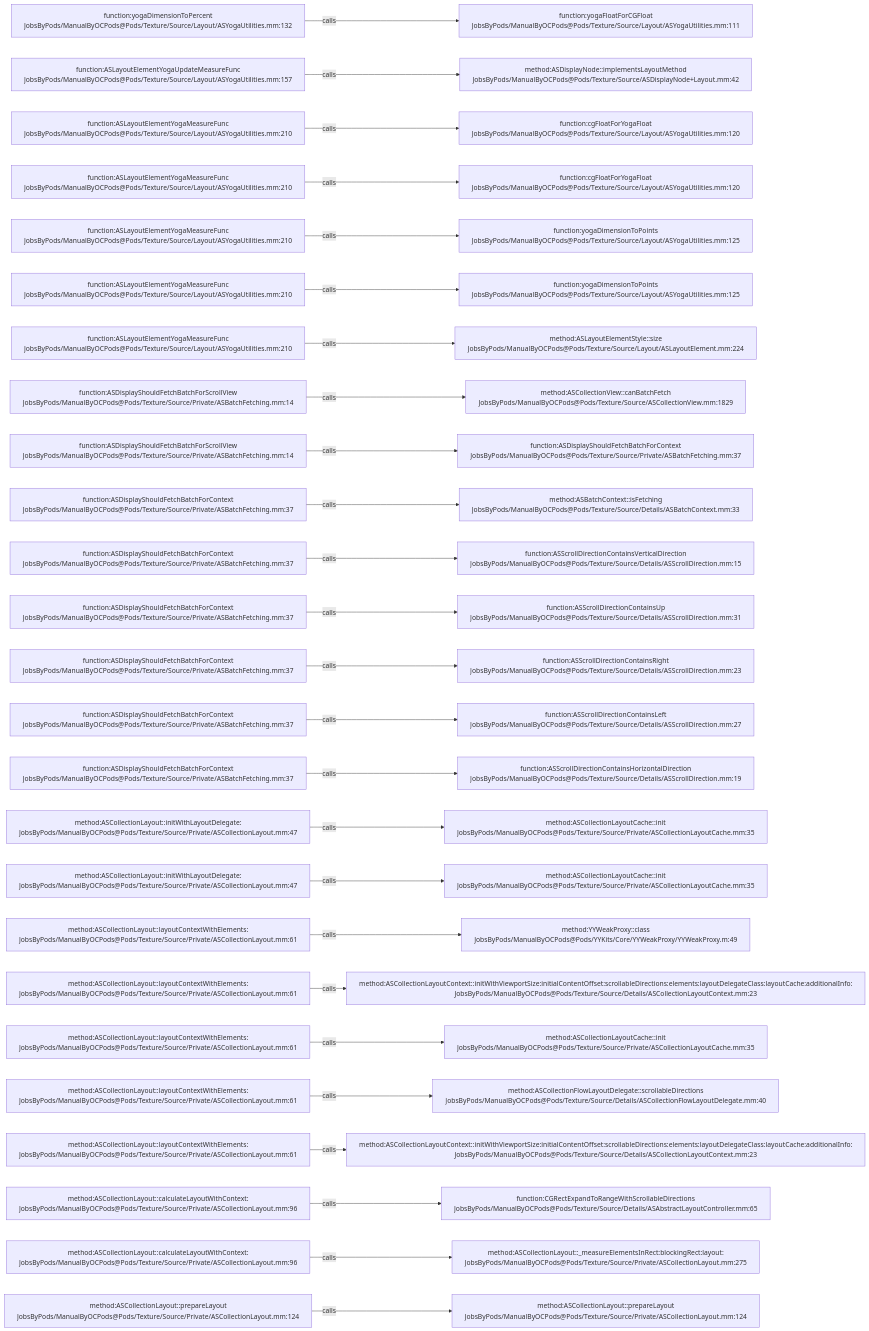
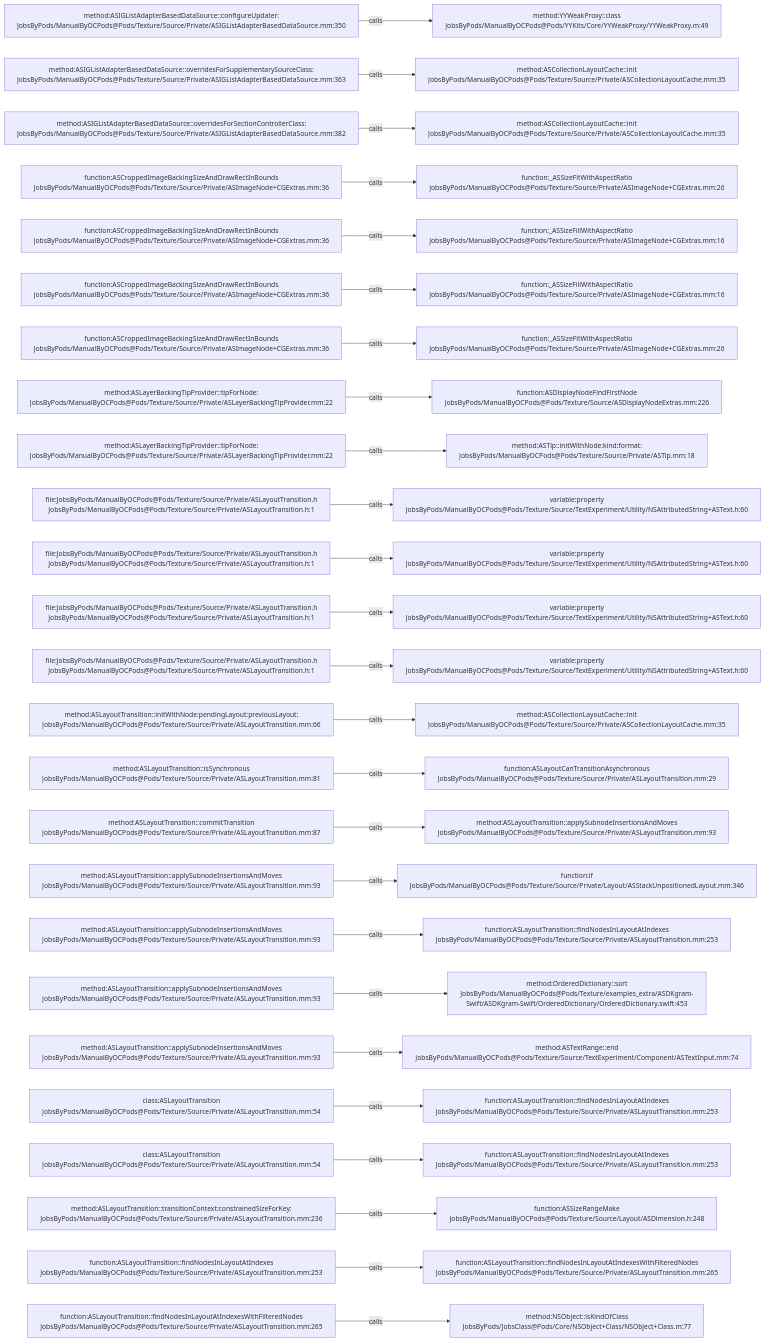
The diagram in .codegraph/codegraph.md/graphs/calls-182.md (JobsKits/JobsOCBaseConfigDemo), drawn with Mermaid before and after one commit. The commit also changed 1448 other files, not shown here.

````diff
--- a/.codegraph/codegraph.md/graphs/calls-182.md
+++ b/.codegraph/codegraph.md/graphs/calls-182.md
@@ -13,78 +13,78 @@
 ```mermaid
 flowchart LR
-  S1["function:yogaDimensionToPercent<br/>JobsByPods/ManualByOCPods@Pods/Texture/Source/Layout/ASYogaUtilities.mm:132"]
-  T1["function:yogaFloatForCGFloat<br/>JobsByPods/ManualByOCPods@Pods/Texture/Source/Layout/ASYogaUtilities.mm:111"]
+  S1["method:ASIGListAdapterBasedDataSource::configureUpdater:<br/>JobsByPods/ManualByOCPods@Pods/Texture/Source/Private/ASIGListAdapterBasedDataSource.mm:350"]
+  T1["method:YYWeakProxy::class<br/>JobsByPods/ManualByOCPods@Pods/YYKits/Core/YYWeakProxy/YYWeakProxy.m:49"]
   S1 -->|calls| T1
-  S2["function:ASLayoutElementYogaUpdateMeasureFunc<br/>JobsByPods/ManualByOCPods@Pods/Texture/Source/Layout/ASYogaUtilities.mm:157"]
-  T2["method:ASDisplayNode::implementsLayoutMethod<br/>JobsByPods/ManualByOCPods@Pods/Texture/Source/ASDisplayNode+Layout.mm:42"]
+  S2["method:ASIGListAdapterBasedDataSource::overridesForSupplementarySourceClass:<br/>JobsByPods/ManualByOCPods@Pods/Texture/Source/Private/ASIGListAdapterBasedDataSource.mm:363"]
+  T2["method:ASCollectionLayoutCache::init<br/>JobsByPods/ManualByOCPods@Pods/Texture/Source/Private/ASCollectionLayoutCache.mm:35"]
   S2 -->|calls| T2
-  S3["function:ASLayoutElementYogaMeasureFunc<br/>JobsByPods/ManualByOCPods@Pods/Texture/Source/Layout/ASYogaUtilities.mm:210"]
-  T3["function:cgFloatForYogaFloat<br/>JobsByPods/ManualByOCPods@Pods/Texture/Source/Layout/ASYogaUtilities.mm:120"]
+  S3["method:ASIGListAdapterBasedDataSource::overridesForSectionControllerClass:<br/>JobsByPods/ManualByOCPods@Pods/Texture/Source/Private/ASIGListAdapterBasedDataSource.mm:382"]
+  T3["method:ASCollectionLayoutCache::init<br/>JobsByPods/ManualByOCPods@Pods/Texture/Source/Private/ASCollectionLayoutCache.mm:35"]
   S3 -->|calls| T3
-  S4["function:ASLayoutElementYogaMeasureFunc<br/>JobsByPods/ManualByOCPods@Pods/Texture/Source/Layout/ASYogaUtilities.mm:210"]
-  T4["function:cgFloatForYogaFloat<br/>JobsByPods/ManualByOCPods@Pods/Texture/Source/Layout/ASYogaUtilities.mm:120"]
+  S4["function:ASCroppedImageBackingSizeAndDrawRectInBounds<br/>JobsByPods/ManualByOCPods@Pods/Texture/Source/Private/ASImageNode+CGExtras.mm:36"]
+  T4["function:_ASSizeFitWithAspectRatio<br/>JobsByPods/ManualByOCPods@Pods/Texture/Source/Private/ASImageNode+CGExtras.mm:26"]
   S4 -->|calls| T4
-  S5["function:ASLayoutElementYogaMeasureFunc<br/>JobsByPods/ManualByOCPods@Pods/Texture/Source/Layout/ASYogaUtilities.mm:210"]
-  T5["function:yogaDimensionToPoints<br/>JobsByPods/ManualByOCPods@Pods/Texture/Source/Layout/ASYogaUtilities.mm:125"]
+  S5["function:ASCroppedImageBackingSizeAndDrawRectInBounds<br/>JobsByPods/ManualByOCPods@Pods/Texture/Source/Private/ASImageNode+CGExtras.mm:36"]
+  T5["function:_ASSizeFillWithAspectRatio<br/>JobsByPods/ManualByOCPods@Pods/Texture/Source/Private/ASImageNode+CGExtras.mm:16"]
   S5 -->|calls| T5
-  S6["function:ASLayoutElementYogaMeasureFunc<br/>JobsByPods/ManualByOCPods@Pods/Texture/Source/Layout/ASYogaUtilities.mm:210"]
-  T6["function:yogaDimensionToPoints<br/>JobsByPods/ManualByOCPods@Pods/Texture/Source/Layout/ASYogaUtilities.mm:125"]
+  S6["function:ASCroppedImageBackingSizeAndDrawRectInBounds<br/>JobsByPods/ManualByOCPods@Pods/Texture/Source/Private/ASImageNode+CGExtras.mm:36"]
+  T6["function:_ASSizeFillWithAspectRatio<br/>JobsByPods/ManualByOCPods@Pods/Texture/Source/Private/ASImageNode+CGExtras.mm:16"]
   S6 -->|calls| T6
-  S7["function:ASLayoutElementYogaMeasureFunc<br/>JobsByPods/ManualByOCPods@Pods/Texture/Source/Layout/ASYogaUtilities.mm:210"]
-  T7["method:ASLayoutElementStyle::size<br/>JobsByPods/ManualByOCPods@Pods/Texture/Source/Layout/ASLayoutElement.mm:224"]
+  S7["function:ASCroppedImageBackingSizeAndDrawRectInBounds<br/>JobsByPods/ManualByOCPods@Pods/Texture/Source/Private/ASImageNode+CGExtras.mm:36"]
+  T7["function:_ASSizeFitWithAspectRatio<br/>JobsByPods/ManualByOCPods@Pods/Texture/Source/Private/ASImageNode+CGExtras.mm:26"]
   S7 -->|calls| T7
-  S8["function:ASDisplayShouldFetchBatchForScrollView<br/>JobsByPods/ManualByOCPods@Pods/Texture/Source/Private/ASBatchFetching.mm:14"]
-  T8["method:ASCollectionView::canBatchFetch<br/>JobsByPods/ManualByOCPods@Pods/Texture/Source/ASCollectionView.mm:1829"]
+  S8["method:ASLayerBackingTipProvider::tipForNode:<br/>JobsByPods/ManualByOCPods@Pods/Texture/Source/Private/ASLayerBackingTipProvider.mm:22"]
+  T8["function:ASDisplayNodeFindFirstNode<br/>JobsByPods/ManualByOCPods@Pods/Texture/Source/ASDisplayNodeExtras.mm:226"]
   S8 -->|calls| T8
-  S9["function:ASDisplayShouldFetchBatchForScrollView<br/>JobsByPods/ManualByOCPods@Pods/Texture/Source/Private/ASBatchFetching.mm:14"]
-  T9["function:ASDisplayShouldFetchBatchForContext<br/>JobsByPods/ManualByOCPods@Pods/Texture/Source/Private/ASBatchFetching.mm:37"]
+  S9["method:ASLayerBackingTipProvider::tipForNode:<br/>JobsByPods/ManualByOCPods@Pods/Texture/Source/Private/ASLayerBackingTipProvider.mm:22"]
+  T9["method:ASTip::initWithNode:kind:format:<br/>JobsByPods/ManualByOCPods@Pods/Texture/Source/Private/ASTip.mm:18"]
   S9 -->|calls| T9
-  S10["function:ASDisplayShouldFetchBatchForContext<br/>JobsByPods/ManualByOCPods@Pods/Texture/Source/Private/ASBatchFetching.mm:37"]
-  T10["method:ASBatchContext::isFetching<br/>JobsByPods/ManualByOCPods@Pods/Texture/Source/Details/ASBatchContext.mm:33"]
+  S10["file:JobsByPods/ManualByOCPods@Pods/Texture/Source/Private/ASLayoutTransition.h<br/>JobsByPods/ManualByOCPods@Pods/Texture/Source/Private/ASLayoutTransition.h:1"]
+  T10["variable:property<br/>JobsByPods/ManualByOCPods@Pods/Texture/Source/TextExperiment/Utility/NSAttributedString+ASText.h:60"]
   S10 -->|calls| T10
-  S11["function:ASDisplayShouldFetchBatchForContext<br/>JobsByPods/ManualByOCPods@Pods/Texture/Source/Private/ASBatchFetching.mm:37"]
-  T11["function:ASScrollDirectionContainsVerticalDirection<br/>JobsByPods/ManualByOCPods@Pods/Texture/Source/Details/ASScrollDirection.mm:15"]
+  S11["file:JobsByPods/ManualByOCPods@Pods/Texture/Source/Private/ASLayoutTransition.h<br/>JobsByPods/ManualByOCPods@Pods/Texture/Source/Private/ASLayoutTransition.h:1"]
+  T11["variable:property<br/>JobsByPods/ManualByOCPods@Pods/Texture/Source/TextExperiment/Utility/NSAttributedString+ASText.h:60"]
   S11 -->|calls| T11
-  S12["function:ASDisplayShouldFetchBatchForContext<br/>JobsByPods/ManualByOCPods@Pods/Texture/Source/Private/ASBatchFetching.mm:37"]
-  T12["function:ASScrollDirectionContainsUp<br/>JobsByPods/ManualByOCPods@Pods/Texture/Source/Details/ASScrollDirection.mm:31"]
+  S12["file:JobsByPods/ManualByOCPods@Pods/Texture/Source/Private/ASLayoutTransition.h<br/>JobsByPods/ManualByOCPods@Pods/Texture/Source/Private/ASLayoutTransition.h:1"]
+  T12["variable:property<br/>JobsByPods/ManualByOCPods@Pods/Texture/Source/TextExperiment/Utility/NSAttributedString+ASText.h:60"]
   S12 -->|calls| T12
-  S13["function:ASDisplayShouldFetchBatchForContext<br/>JobsByPods/ManualByOCPods@Pods/Texture/Source/Private/ASBatchFetching.mm:37"]
-  T13["function:ASScrollDirectionContainsRight<br/>JobsByPods/ManualByOCPods@Pods/Texture/Source/Details/ASScrollDirection.mm:23"]
+  S13["file:JobsByPods/ManualByOCPods@Pods/Texture/Source/Private/ASLayoutTransition.h<br/>JobsByPods/ManualByOCPods@Pods/Texture/Source/Private/ASLayoutTransition.h:1"]
+  T13["variable:property<br/>JobsByPods/ManualByOCPods@Pods/Texture/Source/TextExperiment/Utility/NSAttributedString+ASText.h:60"]
   S13 -->|calls| T13
-  S14["function:ASDisplayShouldFetchBatchForContext<br/>JobsByPods/ManualByOCPods@Pods/Texture/Source/Private/ASBatchFetching.mm:37"]
-  T14["function:ASScrollDirectionContainsLeft<br/>JobsByPods/ManualByOCPods@Pods/Texture/Source/Details/ASScrollDirection.mm:27"]
+  S14["method:ASLayoutTransition::initWithNode:pendingLayout:previousLayout:<br/>JobsByPods/ManualByOCPods@Pods/Texture/Source/Private/ASLayoutTransition.mm:66"]
+  T14["method:ASCollectionLayoutCache::init<br/>JobsByPods/ManualByOCPods@Pods/Texture/Source/Private/ASCollectionLayoutCache.mm:35"]
   S14 -->|calls| T14
-  S15["function:ASDisplayShouldFetchBatchForContext<br/>JobsByPods/ManualByOCPods@Pods/Texture/Source/Private/ASBatchFetching.mm:37"]
-  T15["function:ASScrollDirectionContainsHorizontalDirection<br/>JobsByPods/ManualByOCPods@Pods/Texture/Source/Details/ASScrollDirection.mm:19"]
+  S15["method:ASLayoutTransition::isSynchronous<br/>JobsByPods/ManualByOCPods@Pods/Texture/Source/Private/ASLayoutTransition.mm:81"]
+  T15["function:ASLayoutCanTransitionAsynchronous<br/>JobsByPods/ManualByOCPods@Pods/Texture/Source/Private/ASLayoutTransition.mm:29"]
   S15 -->|calls| T15
-  S16["method:ASCollectionLayout::initWithLayoutDelegate:<br/>JobsByPods/ManualByOCPods@Pods/Texture/Source/Private/ASCollectionLayout.mm:47"]
-  T16["method:ASCollectionLayoutCache::init<br/>JobsByPods/ManualByOCPods@Pods/Texture/Source/Private/ASCollectionLayoutCache.mm:35"]
+  S16["method:ASLayoutTransition::commitTransition<br/>JobsByPods/ManualByOCPods@Pods/Texture/Source/Private/ASLayoutTransition.mm:87"]
+  T16["method:ASLayoutTransition::applySubnodeInsertionsAndMoves<br/>JobsByPods/ManualByOCPods@Pods/Texture/Source/Private/ASLayoutTransition.mm:93"]
   S16 -->|calls| T16
-  S17["method:ASCollectionLayout::initWithLayoutDelegate:<br/>JobsByPods/ManualByOCPods@Pods/Texture/Source/Private/ASCollectionLayout.mm:47"]
-  T17["method:ASCollectionLayoutCache::init<br/>JobsByPods/ManualByOCPods@Pods/Texture/Source/Private/ASCollectionLayoutCache.mm:35"]
+  S17["method:ASLayoutTransition::applySubnodeInsertionsAndMoves<br/>JobsByPods/ManualByOCPods@Pods/Texture/Source/Private/ASLayoutTransition.mm:93"]
+  T17["function:if<br/>JobsByPods/ManualByOCPods@Pods/Texture/Source/Private/Layout/ASStackUnpositionedLayout.mm:346"]
   S17 -->|calls| T17
-  S18["method:ASCollectionLayout::layoutContextWithElements:<br/>JobsByPods/ManualByOCPods@Pods/Texture/Source/Private/ASCollectionLayout.mm:61"]
-  T18["method:YYWeakProxy::class<br/>JobsByPods/ManualByOCPods@Pods/YYKits/Core/YYWeakProxy/YYWeakProxy.m:49"]
+  S18["method:ASLayoutTransition::applySubnodeInsertionsAndMoves<br/>JobsByPods/ManualByOCPods@Pods/Texture/Source/Private/ASLayoutTransition.mm:93"]
+  T18["function:ASLayoutTransition::findNodesInLayoutAtIndexes<br/>JobsByPods/ManualByOCPods@Pods/Texture/Source/Private/ASLayoutTransition.mm:253"]
   S18 -->|calls| T18
-  S19["method:ASCollectionLayout::layoutContextWithElements:<br/>JobsByPods/ManualByOCPods@Pods/Texture/Source/Private/ASCollectionLayout.mm:61"]
-  T19["method:ASCollectionLayoutContext::initWithViewportSize:initialContentOffset:scrollableDirections:elements:layoutDelegateClass:layoutCache:additionalInfo:<br/>JobsByPods/ManualByOCPods@Pods/Texture/Source/Details/ASCollectionLayoutContext.mm:23"]
+  S19["method:ASLayoutTransition::applySubnodeInsertionsAndMoves<br/>JobsByPods/ManualByOCPods@Pods/Texture/Source/Private/ASLayoutTransition.mm:93"]
+  T19["method:OrderedDictionary::sort<br/>JobsByPods/ManualByOCPods@Pods/Texture/examples_extra/ASDKgram-Swift/ASDKgram-Swift/OrderedDictionary/OrderedDictionary.swift:453"]
   S19 -->|calls| T19
-  S20["method:ASCollectionLayout::layoutContextWithElements:<br/>JobsByPods/ManualByOCPods@Pods/Texture/Source/Private/ASCollectionLayout.mm:61"]
-  T20["method:ASCollectionLayoutCache::init<br/>JobsByPods/ManualByOCPods@Pods/Texture/Source/Private/ASCollectionLayoutCache.mm:35"]
+  S20["method:ASLayoutTransition::applySubnodeInsertionsAndMoves<br/>JobsByPods/ManualByOCPods@Pods/Texture/Source/Private/ASLayoutTransition.mm:93"]
+  T20["method:ASTextRange::end<br/>JobsByPods/ManualByOCPods@Pods/Texture/Source/TextExperiment/Component/ASTextInput.mm:74"]
   S20 -->|calls| T20
-  S21["method:ASCollectionLayout::layoutContextWithElements:<br/>JobsByPods/ManualByOCPods@Pods/Texture/Source/Private/ASCollectionLayout.mm:61"]
-  T21["method:ASCollectionFlowLayoutDelegate::scrollableDirections<br/>JobsByPods/ManualByOCPods@Pods/Texture/Source/Details/ASCollectionFlowLayoutDelegate.mm:40"]
+  S21["class:ASLayoutTransition<br/>JobsByPods/ManualByOCPods@Pods/Texture/Source/Private/ASLayoutTransition.mm:54"]
+  T21["function:ASLayoutTransition::findNodesInLayoutAtIndexes<br/>JobsByPods/ManualByOCPods@Pods/Texture/Source/Private/ASLayoutTransition.mm:253"]
   S21 -->|calls| T21
-  S22["method:ASCollectionLayout::layoutContextWithElements:<br/>JobsByPods/ManualByOCPods@Pods/Texture/Source/Private/ASCollectionLayout.mm:61"]
-  T22["method:ASCollectionLayoutContext::initWithViewportSize:initialContentOffset:scrollableDirections:elements:layoutDelegateClass:layoutCache:additionalInfo:<br/>JobsByPods/ManualByOCPods@Pods/Texture/Source/Details/ASCollectionLayoutContext.mm:23"]
+  S22["class:ASLayoutTransition<br/>JobsByPods/ManualByOCPods@Pods/Texture/Source/Private/ASLayoutTransition.mm:54"]
+  T22["function:ASLayoutTransition::findNodesInLayoutAtIndexes<br/>JobsByPods/ManualByOCPods@Pods/Texture/Source/Private/ASLayoutTransition.mm:253"]
   S22 -->|calls| T22
-  S23["method:ASCollectionLayout::calculateLayoutWithContext:<br/>JobsByPods/ManualByOCPods@Pods/Texture/Source/Private/ASCollectionLayout.mm:96"]
-  T23["function:CGRectExpandToRangeWithScrollableDirections<br/>JobsByPods/ManualByOCPods@Pods/Texture/Source/Details/ASAbstractLayoutController.mm:65"]
+  S23["method:ASLayoutTransition::transitionContext:constrainedSizeForKey:<br/>JobsByPods/ManualByOCPods@Pods/Texture/Source/Private/ASLayoutTransition.mm:236"]
+  T23["function:ASSizeRangeMake<br/>JobsByPods/ManualByOCPods@Pods/Texture/Source/Layout/ASDimension.h:248"]
   S23 -->|calls| T23
-  S24["method:ASCollectionLayout::calculateLayoutWithContext:<br/>JobsByPods/ManualByOCPods@Pods/Texture/Source/Private/ASCollectionLayout.mm:96"]
-  T24["method:ASCollectionLayout::_measureElementsInRect:blockingRect:layout:<br/>JobsByPods/ManualByOCPods@Pods/Texture/Source/Private/ASCollectionLayout.mm:275"]
+  S24["function:ASLayoutTransition::findNodesInLayoutAtIndexes<br/>JobsByPods/ManualByOCPods@Pods/Texture/Source/Private/ASLayoutTransition.mm:253"]
+  T24["function:ASLayoutTransition::findNodesInLayoutAtIndexesWithFilteredNodes<br/>JobsByPods/ManualByOCPods@Pods/Texture/Source/Private/ASLayoutTransition.mm:265"]
   S24 -->|calls| T24
-  S25["method:ASCollectionLayout::prepareLayout<br/>JobsByPods/ManualByOCPods@Pods/Texture/Source/Private/ASCollectionLayout.mm:124"]
-  T25["method:ASCollectionLayout::prepareLayout<br/>JobsByPods/ManualByOCPods@Pods/Texture/Source/Private/ASCollectionLayout.mm:124"]
+  S25["function:ASLayoutTransition::findNodesInLayoutAtIndexesWithFilteredNodes<br/>JobsByPods/ManualByOCPods@Pods/Texture/Source/Private/ASLayoutTransition.mm:265"]
+  T25["method:NSObject::isKindOfClass<br/>JobsByPods/JobsClass@Pods/Core/NSObject+Class/NSObject+Class.m:77"]
   S25 -->|calls| T25
 ```
````
